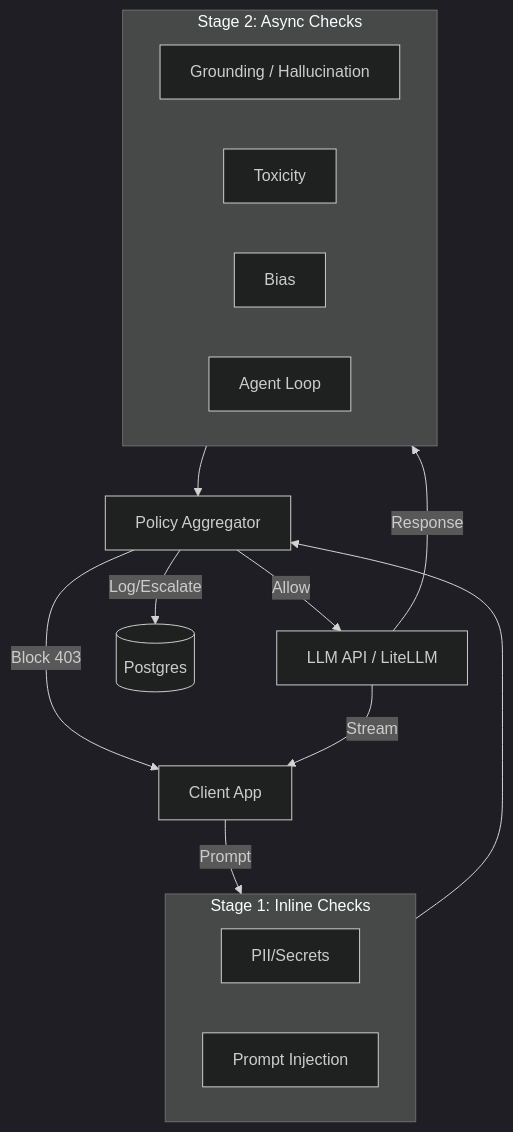
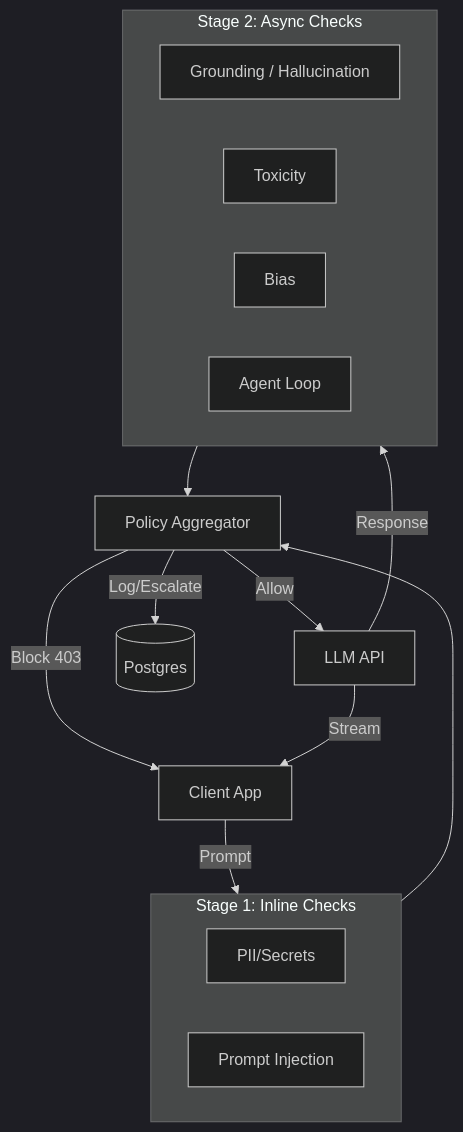
The diagram in README.md (krish-745/ControlPlane.ai), drawn with Mermaid (dark theme) before and after one commit. The commit also changed other lines of this file, not shown here.

````diff
--- a/README.md
+++ b/README.md
@@ -55,28 +56,28 @@
 ```mermaid
 flowchart TB
     Client[Client App]
-    LLM[LLM API / LiteLLM]
+    LLM[LLM API]
     Agg[Policy Aggregator]
     DB[(Postgres)]
     
     subgraph Stage1 [Stage 1: Inline Checks]
         PII1[PII/Secrets]
         INJ1[Prompt Injection]
     end
     
     subgraph Stage2 [Stage 2: Async Checks]
         GRD[Grounding / Hallucination]
         TOX[Toxicity]
         BIAS[Bias]
         LOOP[Agent Loop]
     end
 
     Client -->|Prompt| Stage1
     Stage1 --> Agg
     Agg -->|Block 403| Client
     Agg -->|Allow| LLM
     LLM -->|Response| Stage2
     Stage2 --> Agg
     Agg -->|Log/Escalate| DB
     LLM -->|Stream| Client
 ```
````
